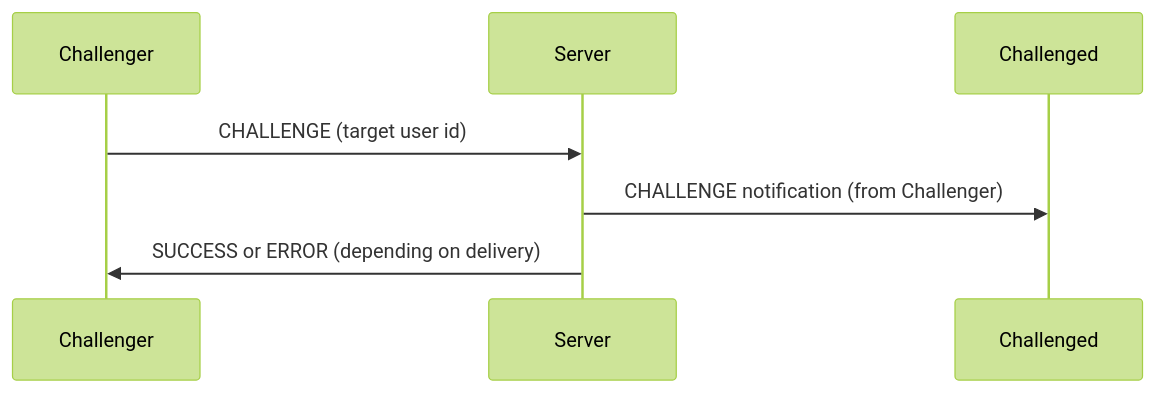
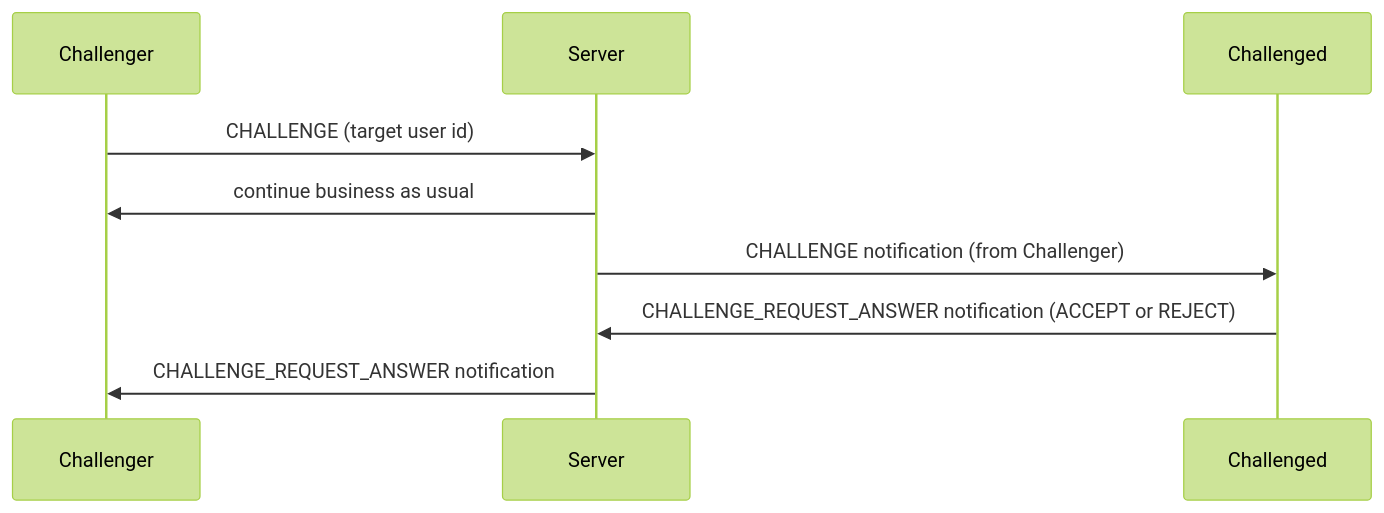
One commit to ClementGre/Awalnet changed the third of 4 diagrams in README.md. Above: the diagram before and after it, drawn with Mermaid (forest theme). The commit also changed other lines of this file and 3 other files, not shown here.

````diff
--- a/README.md
+++ b/README.md
@@ -52,6 +53,8 @@
 ```mermaid
 sequenceDiagram
 Challenger->>Server: CHALLENGE (target user id)
+Server->>Challenger: continue business as usual 
 Server->>Challenged: CHALLENGE notification (from Challenger)
-Server->>Challenger: SUCCESS or ERROR (depending on delivery)
+Challenged->>Server: CHALLENGE_REQUEST_ANSWER notification (ACCEPT or REJECT)
+Server->>Challenger: CHALLENGE_REQUEST_ANSWER notification
 ```
````
